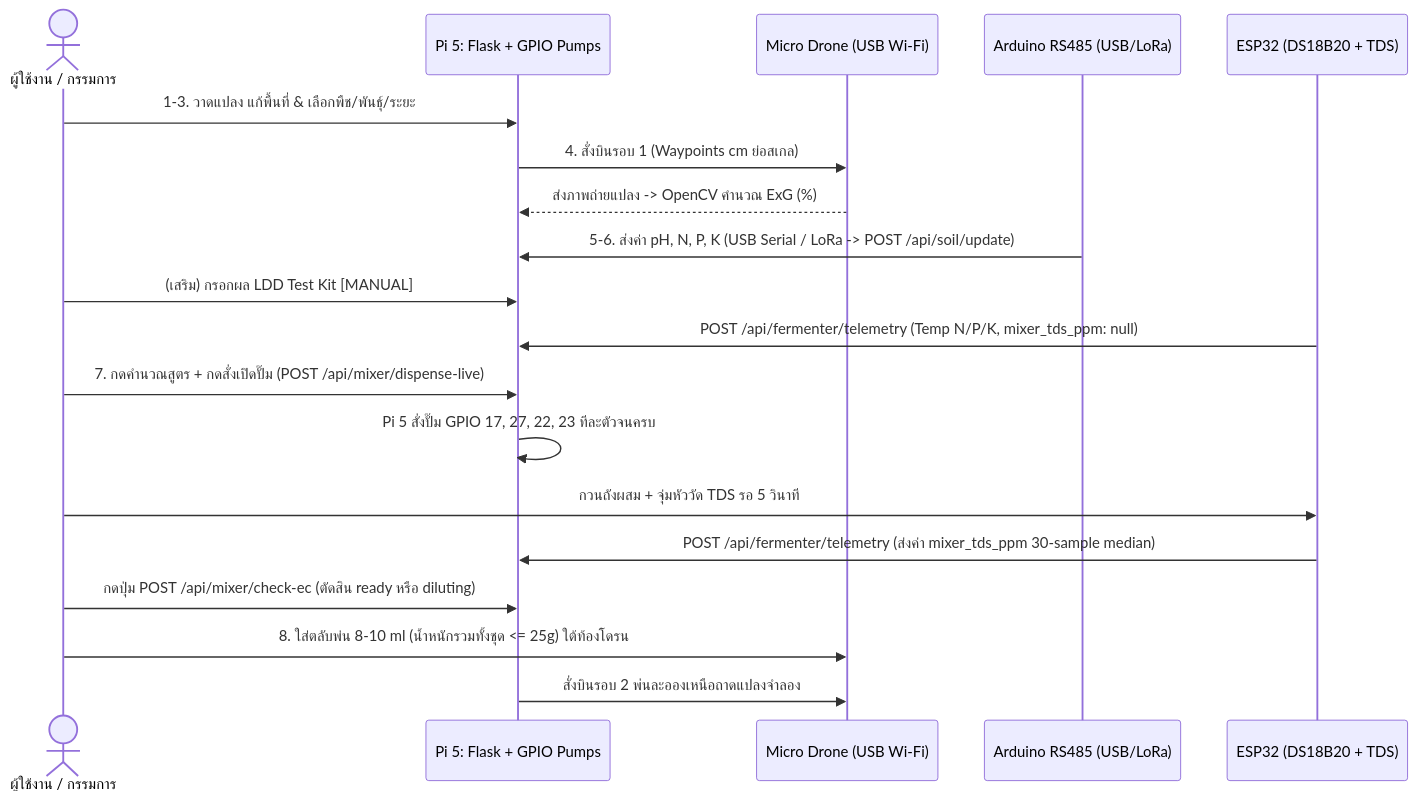
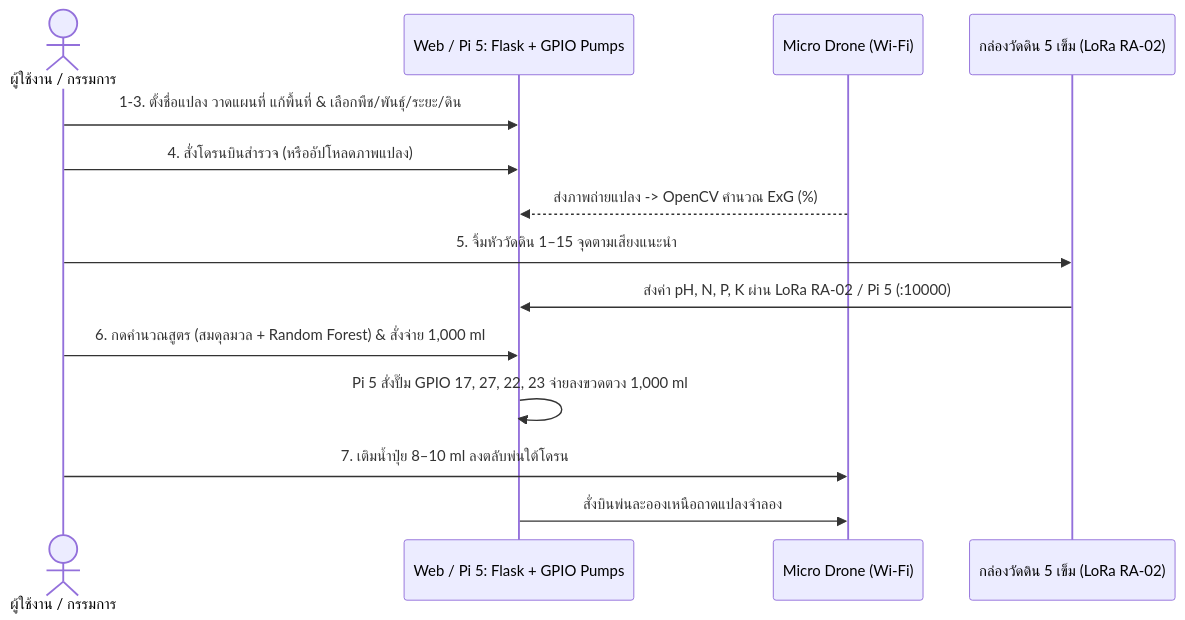
Before and after one commit to Thanawanit/I-NEW-GEN: the diagram in Info/01_SYSTEM_OVERVIEW_AND_WORKFLOW.md, drawn with Mermaid. The commit also changed other lines of this file and 7 other files, not shown here.

Commit message:
docs(v1.8): remove leftover ESP32/TDS/DS18B20/LDD contradictions in 01 and mark bio-fermentation complete across 01-04

````diff
--- a/Info/01_SYSTEM_OVERVIEW_AND_WORKFLOW.md
+++ b/Info/01_SYSTEM_OVERVIEW_AND_WORKFLOW.md
@@ -103,22 +105,17 @@
 ```mermaid
 sequenceDiagram
     actor User as ผู้ใช้งาน / กรรมการ
-    participant Web as Pi 5: Flask + GPIO Pumps
-    participant Drone as Micro Drone (USB Wi-Fi)
-    participant Arduino as Arduino RS485 (USB/LoRa)
-    participant ESP as ESP32 (DS18B20 + TDS)
+    participant Web as Web / Pi 5: Flask + GPIO Pumps
+    participant Drone as Micro Drone (Wi-Fi)
+    participant Arduino as กล่องวัดดิน 5 เข็ม (LoRa RA-02)
 
-    User->>Web: 1-3. วาดแปลง แก้พื้นที่ & เลือกพืช/พันธุ์/ระยะ
-    Web->>Drone: 4. สั่งบินรอบ 1 (Waypoints cm ย่อสเกล)
+    User->>Web: 1-3. ตั้งชื่อแปลง วาดแผนที่ แก้พื้นที่ & เลือกพืช/พันธุ์/ระยะ/ดิน
+    User->>Web: 4. สั่งโดรนบินสำรวจ (หรืออัปโหลดภาพแปลง)
     Drone-->>Web: ส่งภาพถ่ายแปลง -> OpenCV คำนวณ ExG (%)
-    Arduino->>Web: 5-6. ส่งค่า pH, N, P, K (USB Serial / LoRa -> POST /api/soil/update)
-    User->>Web: (เสริม) กรอกผล LDD Test Kit [MANUAL]
-    ESP->>Web: POST /api/fermenter/telemetry (Temp N/P/K, mixer_tds_ppm: null)
-    User->>Web: 7. กดคำนวณสูตร + กดสั่งเปิดปั๊ม (POST /api/mixer/dispense-live)
-    Web->>Web: Pi 5 สั่งปั๊ม GPIO 17, 27, 22, 23 ทีละตัวจนครบ
-    User->>ESP: กวนถังผสม + จุ่มหัววัด TDS รอ 5 วินาที
-    ESP->>Web: POST /api/fermenter/telemetry (ส่งค่า mixer_tds_ppm 30-sample median)
-    User->>Web: กดปุ่ม POST /api/mixer/check-ec (ตัดสิน ready หรือ diluting)
-    User->>Drone: 8. ใส่ตลับพ่น 8-10 ml (น้ำหนักรวมทั้งชุด <= 25g) ใต้ท้องโดรน
-    Web->>Drone: สั่งบินรอบ 2 พ่นละอองเหนือถาดแปลงจำลอง
+    User->>Arduino: 5. จิ้มหัววัดดิน 1–15 จุดตามเสียงแนะนำ
+    Arduino->>Web: ส่งค่า pH, N, P, K ผ่าน LoRa RA-02 / Pi 5 (:10000)
+    User->>Web: 6. กดคำนวณสูตร (สมดุลมวล + Random Forest) & สั่งจ่าย 1,000 ml
+    Web->>Web: Pi 5 สั่งปั๊ม GPIO 17, 27, 22, 23 จ่ายลงขวดตวง 1,000 ml
+    User->>Drone: 7. เติมน้ำปุ๋ย 8–10 ml ลงตลับพ่นใต้โดรน
+    Web->>Drone: สั่งบินพ่นละอองเหนือถาดแปลงจำลอง
 ```
````
